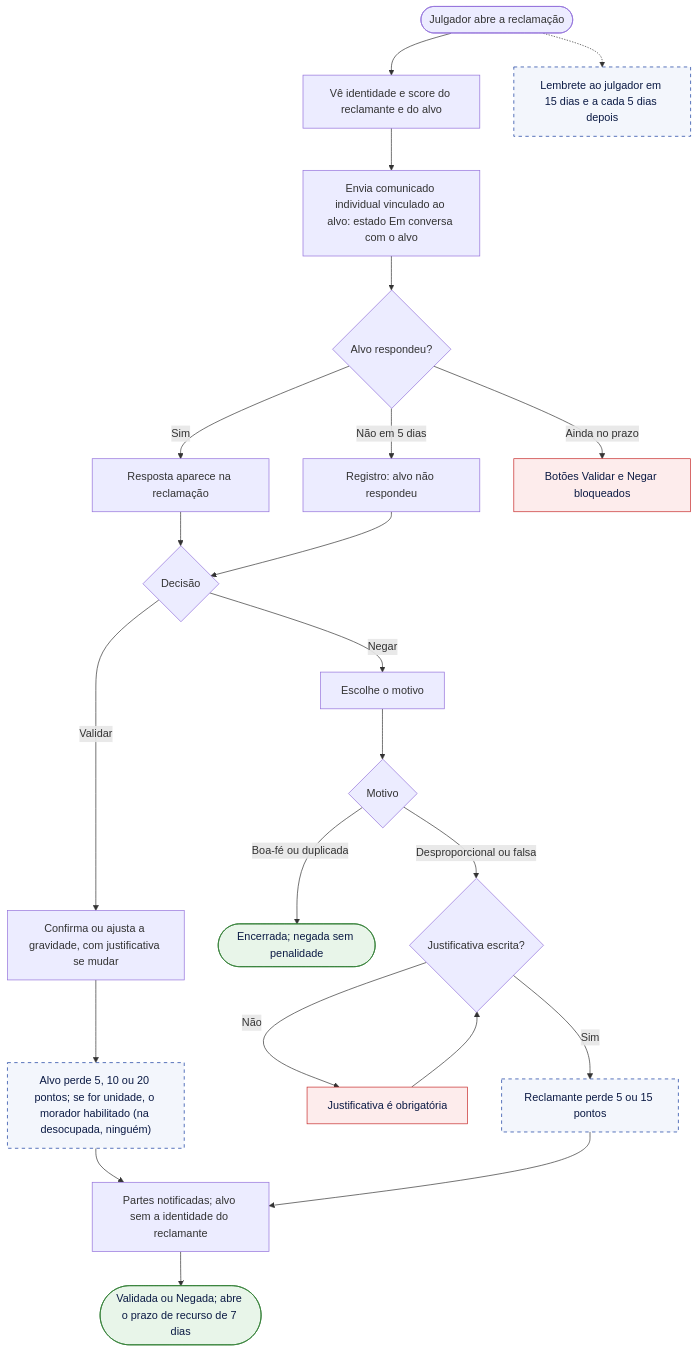
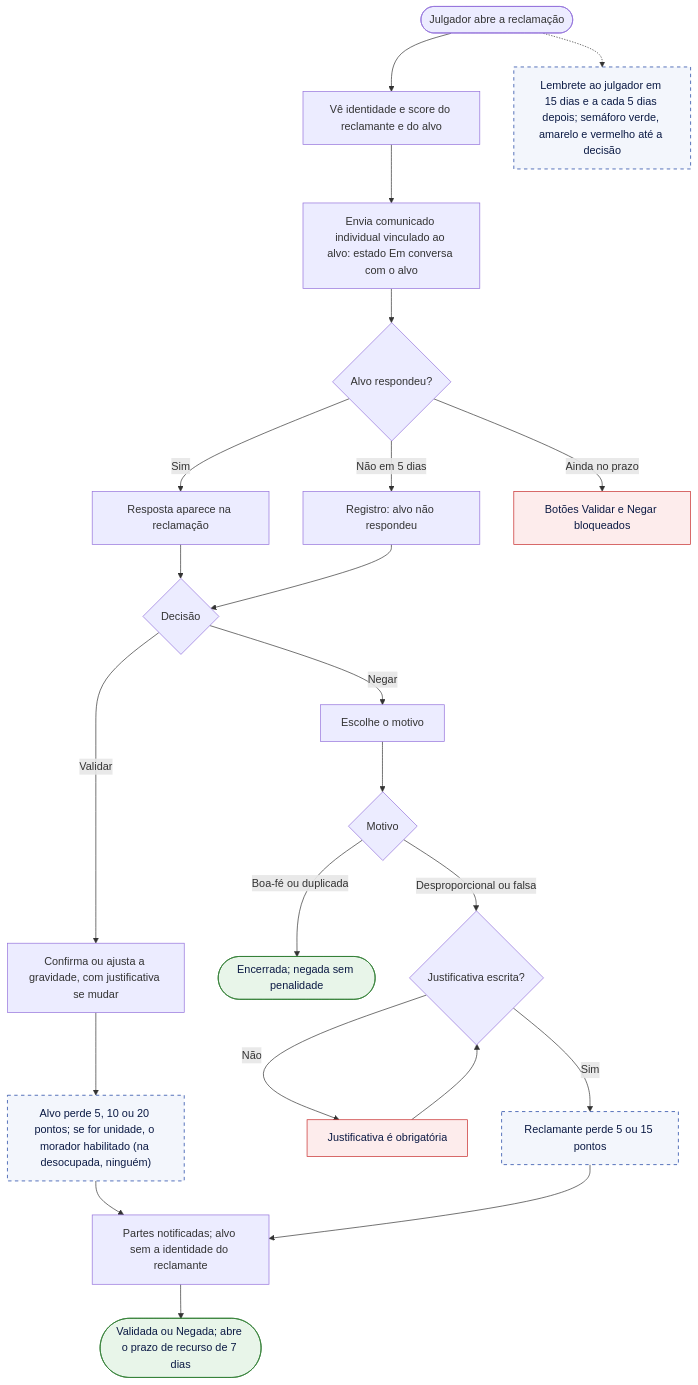
Before and after one commit to pedrolems/CondomiFacil: diagram 21 of 31 in docs/02-design/02-user-flows.md, drawn with Mermaid. The commit also changed other lines of this file and 14 other files, not shown here.

````diff
--- a/docs/02-design/02-user-flows.md
+++ b/docs/02-design/02-user-flows.md
@@ -736,31 +932,31 @@
 ```mermaid
 flowchart TD
     A(["Julgador abre a reclamação"]) --> B["Vê identidade e score do reclamante e do alvo"]
     B --> C["Envia comunicado individual vinculado ao alvo: estado Em conversa com o alvo"]
     C --> D{"Alvo respondeu?"}
     D -->|"Sim"| F["Resposta aparece na reclamação"]
     D -->|"Não em 5 dias"| G["Registro: alvo não respondeu"]
     D -->|"Ainda no prazo"| E1["Botões Validar e Negar bloqueados"]
     F --> H{"Decisão"}
     G --> H
     H -->|"Validar"| I["Confirma ou ajusta a gravidade, com justificativa se mudar"]
     I --> S1["Alvo perde 5, 10 ou 20 pontos; se for unidade, o morador habilitado (na desocupada, ninguém)"]
     H -->|"Negar"| J["Escolhe o motivo"]
     J --> K{"Motivo"}
     K -->|"Boa-fé ou duplicada"| L(["Encerrada; negada sem penalidade"])
     K -->|"Desproporcional ou falsa"| M{"Justificativa escrita?"}
     M -->|"Não"| E2["Justificativa é obrigatória"]
     E2 --> M
     M -->|"Sim"| S2["Reclamante perde 5 ou 15 pontos"]
     S1 --> N["Partes notificadas; alvo sem a identidade do reclamante"]
     S2 --> N
     N --> Z(["Validada ou Negada; abre o prazo de recurso de 7 dias"])
-    S3["Lembrete ao julgador em 15 dias e a cada 5 dias depois"]
+    S3["Lembrete ao julgador em 15 dias e a cada 5 dias depois; semáforo verde, amarelo e vermelho até a decisão"]
     A -.-> S3
     classDef ok fill:#E8F5E9,stroke:#2E7D32,color:#0B1A44
     classDef erro fill:#FDECEC,stroke:#C62828,color:#0B1A44
     classDef sis fill:#F3F6FC,stroke:#0E359D,stroke-dasharray:5 5,color:#0B1A44
     class Z,L ok
     class E1,E2 erro
     class S1,S2,S3 sis
 ```
````
